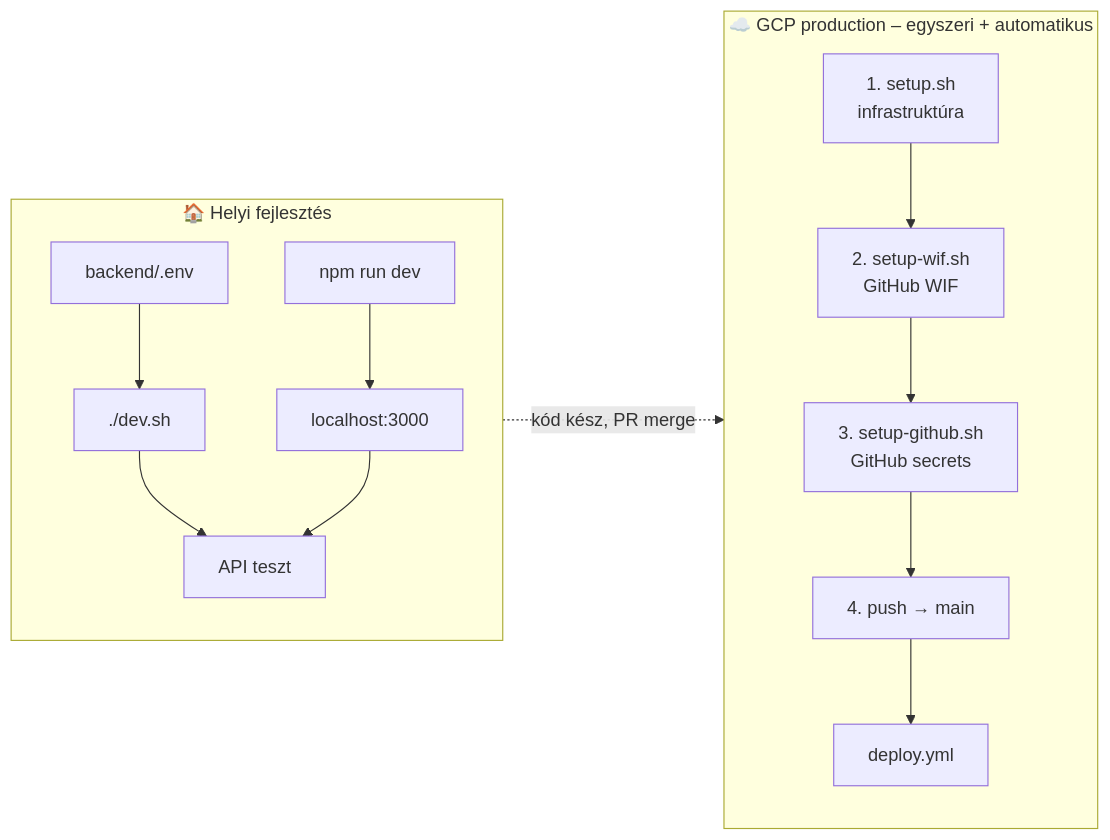
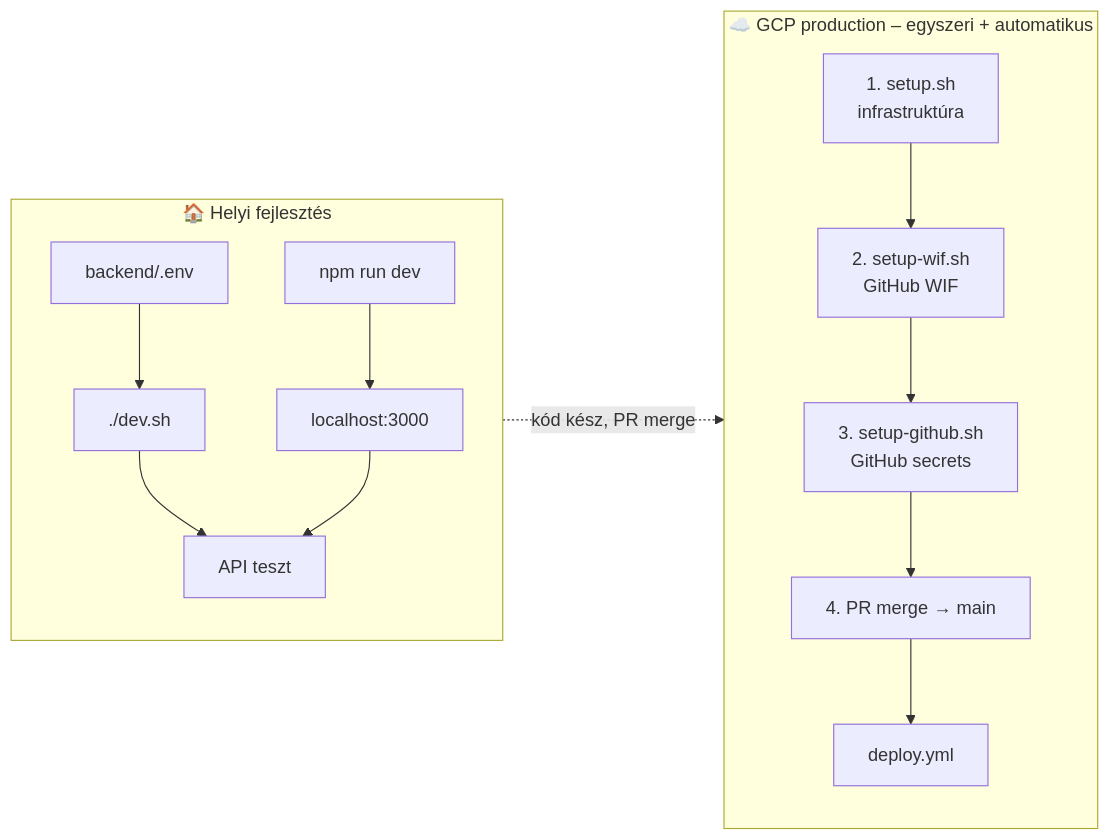
One commit to cloudsteak/trn-gcp-ai-invoice-management changed the second of 3 diagrams in README.md. Above: the diagram before and after it, drawn with Mermaid. The commit also changed other lines of this file and 4 other files, not shown here.

````diff
--- a/README.md
+++ b/README.md
@@ -189,18 +196,18 @@
 ```mermaid
 flowchart LR
     subgraph Local["🏠 Helyi fejlesztés"]
         L1["backend/.env"] --> L2["./dev.sh"]
         L3["npm run dev"] --> L4["localhost:3000"]
         L2 --> L5["API teszt"]
         L4 --> L5
     end
 
     subgraph GCP["☁️ GCP production – egyszeri + automatikus"]
         S1["1. setup.sh<br/>infrastruktúra"] --> S2["2. setup-wif.sh<br/>GitHub WIF"]
         S2 --> S3["3. setup-github.sh<br/>GitHub secrets"]
-        S3 --> S4["4. push → main"]
+        S3 --> S4["4. PR merge → main"]
         S4 --> S5["deploy.yml"]
     end
 
     Local -.->|"kód kész, PR merge"| GCP
 ```
````
